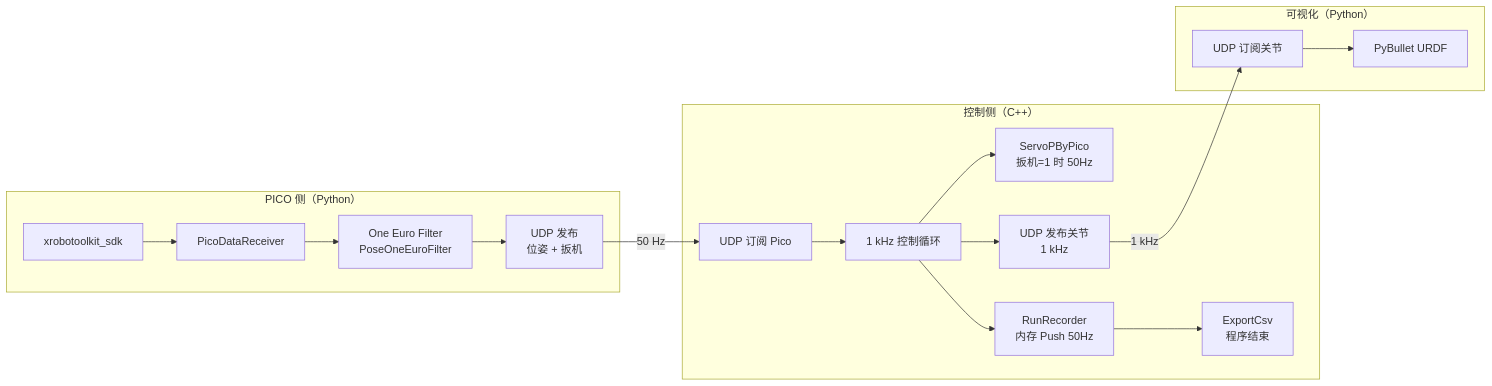
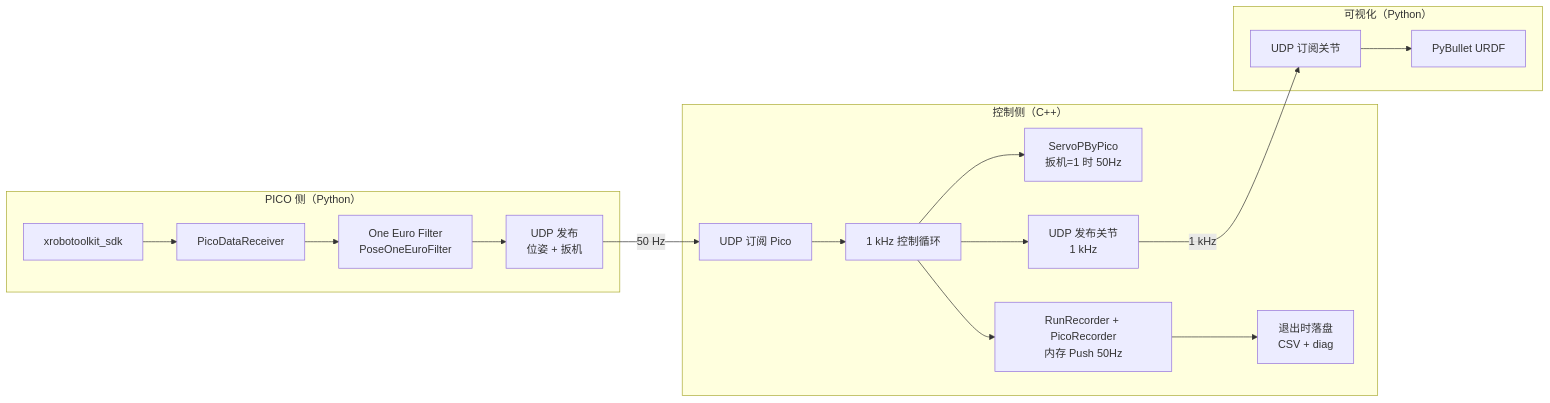
The diagram in mv_control/RT_TELEOP_DESIGN.md (Asukayoo/tj_control), drawn with Mermaid before and after one commit. The commit also changed other lines of this file and 217 other files, not shown here.

````diff
--- a/mv_control/RT_TELEOP_DESIGN.md
+++ b/mv_control/RT_TELEOP_DESIGN.md
@@ -32,32 +32,32 @@
 ```mermaid
 flowchart LR
     subgraph pico_side ["PICO 侧（Python）"]
         SDK["xrobotoolkit_sdk"]
         RX["PicoDataReceiver"]
         OEF["One Euro Filter<br/>PoseOneEuroFilter"]
         PUB_P["UDP 发布<br/>位姿 + 扳机"]
         SDK --> RX --> OEF --> PUB_P
     end
 
     subgraph ctrl_side ["控制侧（C++）"]
         SUB_P["UDP 订阅 Pico"]
         LOOP["1 kHz 控制循环"]
         SRV["ServoPByPico<br/>扳机=1 时 50Hz"]
-        REC["RunRecorder<br/>内存 Push 50Hz"]
+        REC["RunRecorder + PicoRecorder<br/>内存 Push 50Hz"]
         PUB_J["UDP 发布关节<br/>1 kHz"]
-        EXP["ExportCsv<br/>程序结束"]
+        EXP["退出时落盘<br/>CSV + diag"]
         SUB_P --> LOOP --> SRV
         LOOP --> REC
         LOOP --> PUB_J
         REC --> EXP
     end
 
     subgraph vis_side ["可视化（Python）"]
         SUB_J["UDP 订阅关节"]
         PB["PyBullet URDF"]
         SUB_J --> PB
     end
 
     PUB_P -->|"50 Hz"| SUB_P
     PUB_J -->|"1 kHz"| SUB_J
 ```
````
